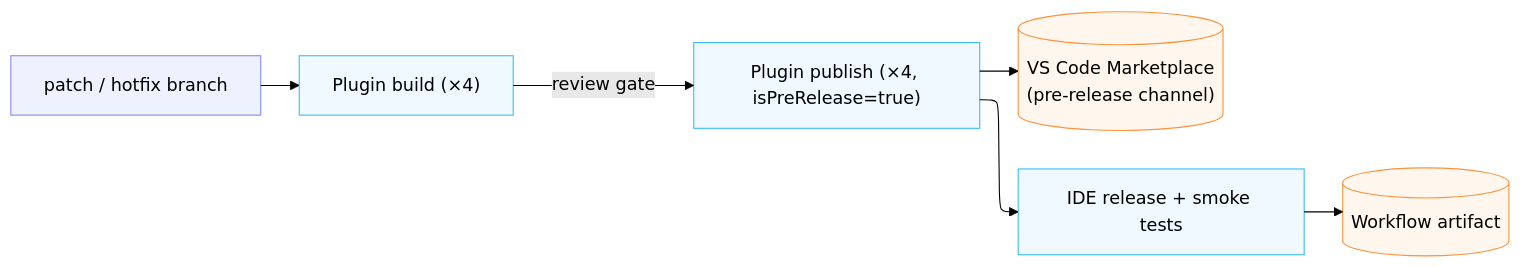
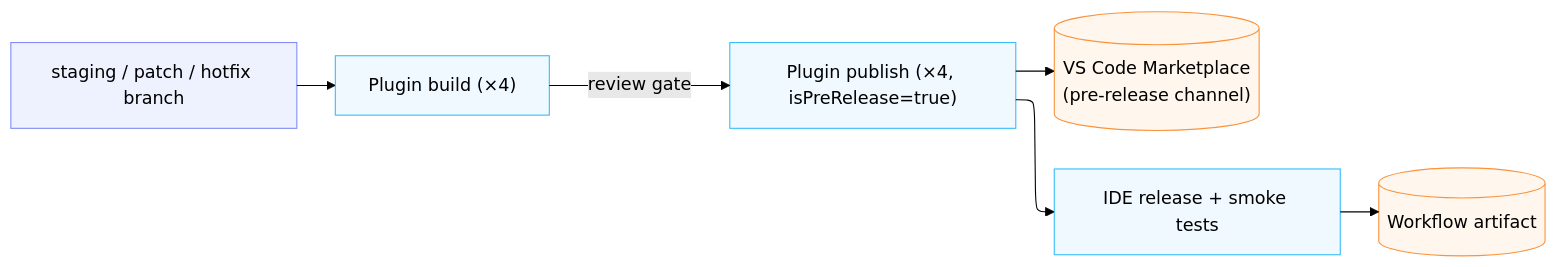
Before and after one commit to wso2/product-integrator: the fourth of 5 diagrams in docs/cicd-pipelines.md, drawn with Mermaid (forest theme). The commit also changed other lines of this file and 2 other files, not shown here.

Commit message:
Enhance documentation with staging branch details

````diff
--- a/docs/cicd-pipelines.md
+++ b/docs/cicd-pipelines.md
@@ -76,12 +76,12 @@
 ```mermaid
 %%{init: {"layout": "elk"}}%%
 graph LR
-    M["patch / hotfix branch"]:::trigger --> PB["Plugin build (×4)"]:::stage
+    M["staging / patch / hotfix branch"]:::trigger --> PB["Plugin build (×4)"]:::stage
     PB -->|review gate| PP["Plugin publish (×4, isPreRelease=true)"]:::stage
     PP --> MKP[("VS Code Marketplace<br>(pre-release channel)")]:::artifact
     PP --> AS["IDE release + smoke tests"]:::stage
     AS --> IA[("Workflow artifact")]:::artifact
     classDef trigger stroke:#818cf8,fill:#eef2ff
     classDef stage stroke:#38bdf8,fill:#f0f9ff
     classDef artifact stroke:#fb923c,fill:#fff7ed
 ```
````
